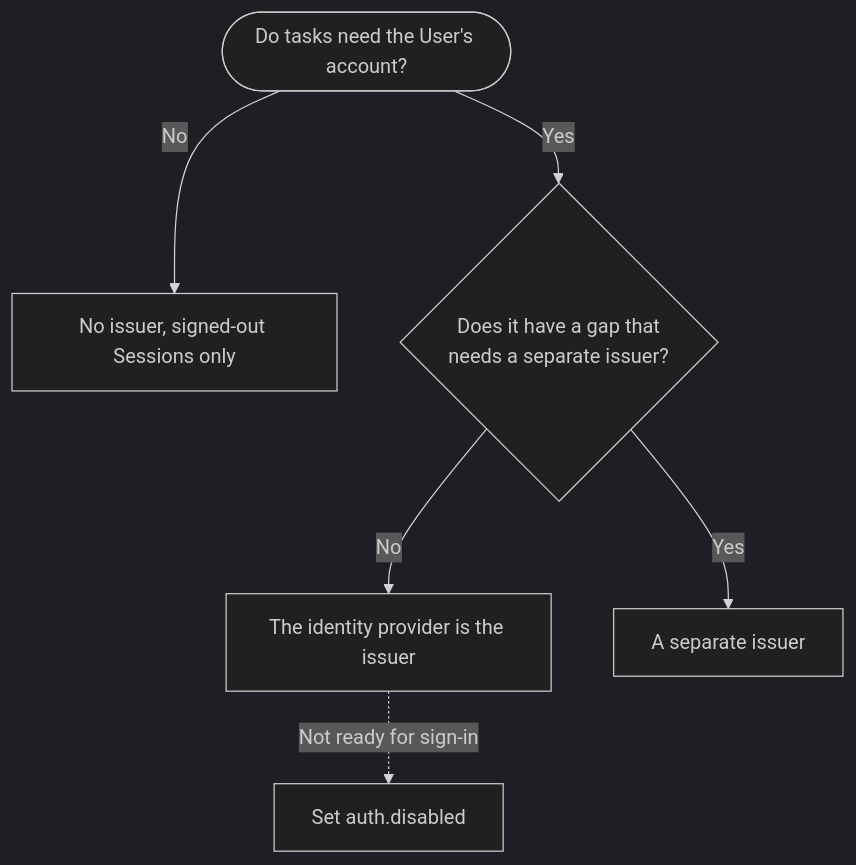
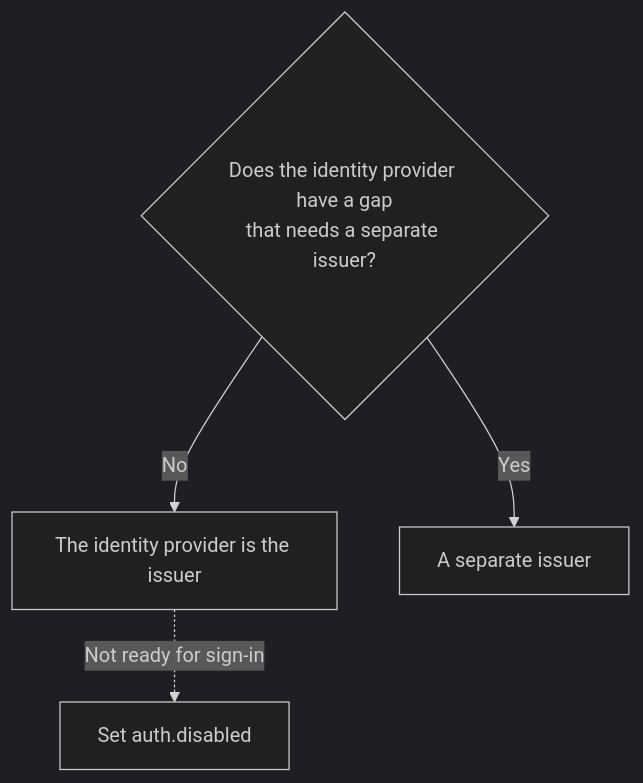
Before and after one commit to gaokevin1/personal-agent-protocol: the first of 8 diagrams in kit/company/patterns/identity-provider.md, drawn with Mermaid (dark theme). The commit also changed other lines of this file and 1 other file, not shown here.

First line of the commit message:
Drop the no-issuer option from the identity provider pattern

````diff
--- a/kit/company/patterns/identity-provider.md
+++ b/kit/company/patterns/identity-provider.md
@@ -17,8 +15,7 @@
 ```mermaid
 flowchart TD
-  start([Do tasks need the User's account?]) -->|No| none[No issuer, signed-out Sessions only]
-  start -->|Yes| gaps{Does it have a gap that<br/>needs a separate issuer?}
+  gaps{Does the identity provider have a gap<br/>that needs a separate issuer?}
   gaps -->|No| idp[The identity provider is the issuer]
   gaps -->|Yes| agent[A separate issuer]
   idp -.->|Not ready for sign-in| disabled[Set auth.disabled]
 ```
````
